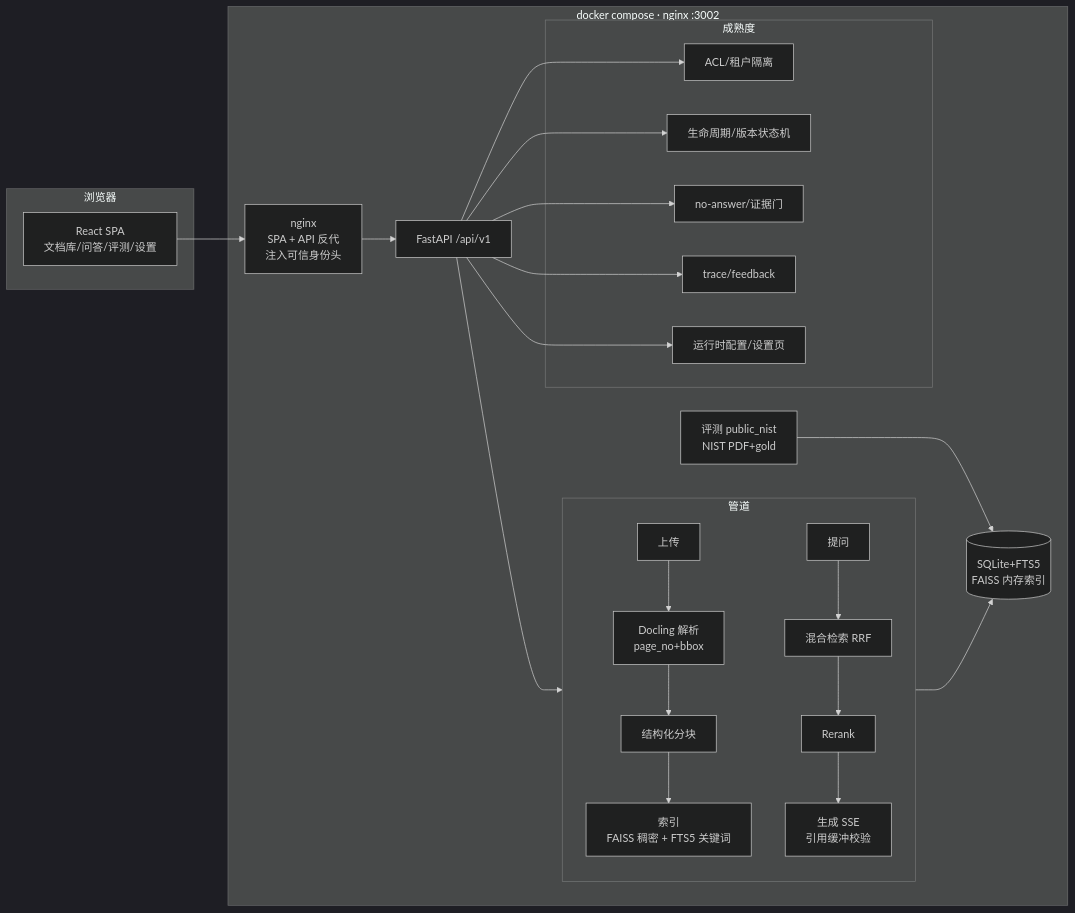
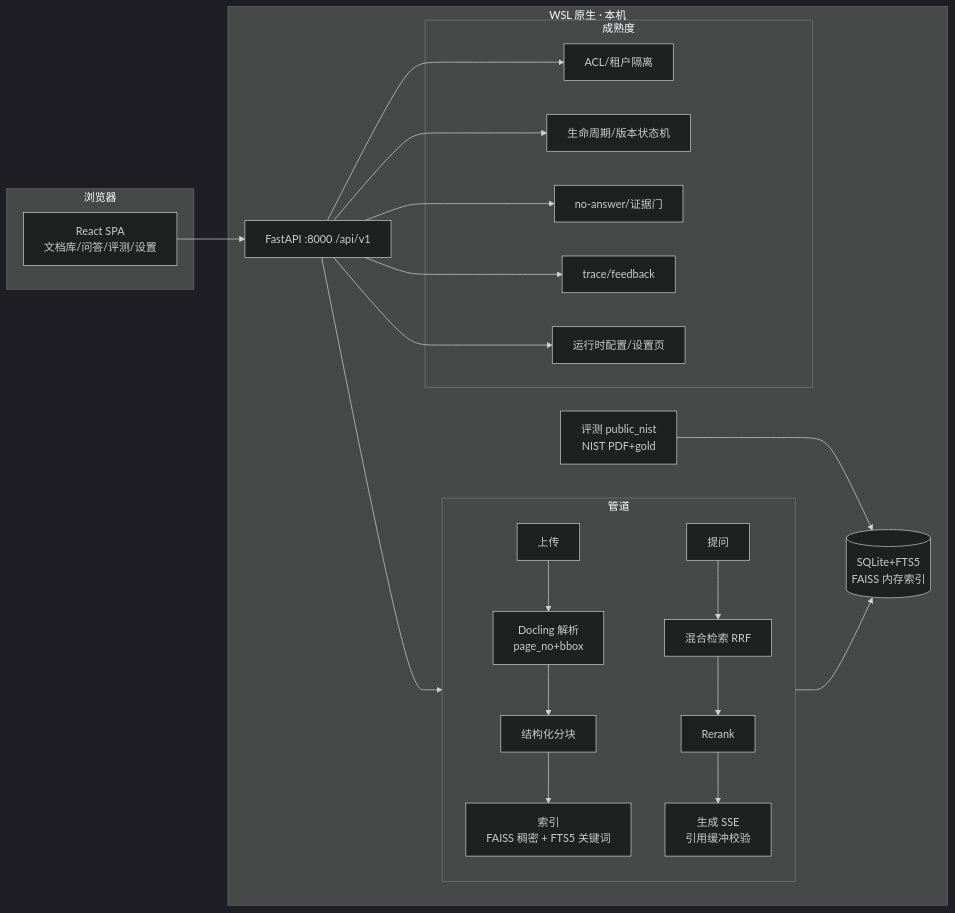
Before and after one commit to moonbrigt/docrag: the diagram in README.md, drawn with Mermaid (dark theme). The commit also changed other lines of this file and 23 other files, not shown here.

First line of the commit message:
chore(docs): 移除 Docker 遗留，文档与代码对齐（WSL 原生）

````diff
--- a/README.md
+++ b/README.md
@@ -96,37 +95,35 @@
 ```mermaid
 flowchart LR
     subgraph 浏览器
         UI[React SPA<br/>文档库/问答/评测/设置]
     end
-    subgraph 容器[docker compose · nginx :3002]
-        NG[nginx<br/>SPA + API 反代<br/>注入可信身份头]
-        API[FastAPI /api/v1]
+    subgraph 运行[WSL 原生 · 本机]
+        API[FastAPI :8000 /api/v1]
         subgraph 管道
             UP[上传] --> P[Docling 解析<br/>page_no+bbox]
             P --> C[结构化分块]
             C --> I[索引<br/>FAISS 稠密 + FTS5 关键词]
             Q[提问] --> R[混合检索 RRF]
             R --> RK[Rerank]
             RK --> G[生成 SSE<br/>引用缓冲校验]
         end
         subgraph 成熟度
             ACL[ACL/租户隔离]
             LS[生命周期/版本状态机]
             NA[no-answer/证据门]
             TF[trace/feedback]
             SC[运行时配置/设置页]
         end
         DB[(SQLite+FTS5<br/>FAISS 内存索引)]
         EVAL[评测 public_nist<br/>NIST PDF+gold]
     end
-    UI --> NG
-    NG --> API
+    UI --> API
     API --> 管道
     API --> ACL
     API --> LS
     API --> NA
     API --> TF
     API --> SC
     管道 --> DB
     EVAL --> DB
 ```
````
